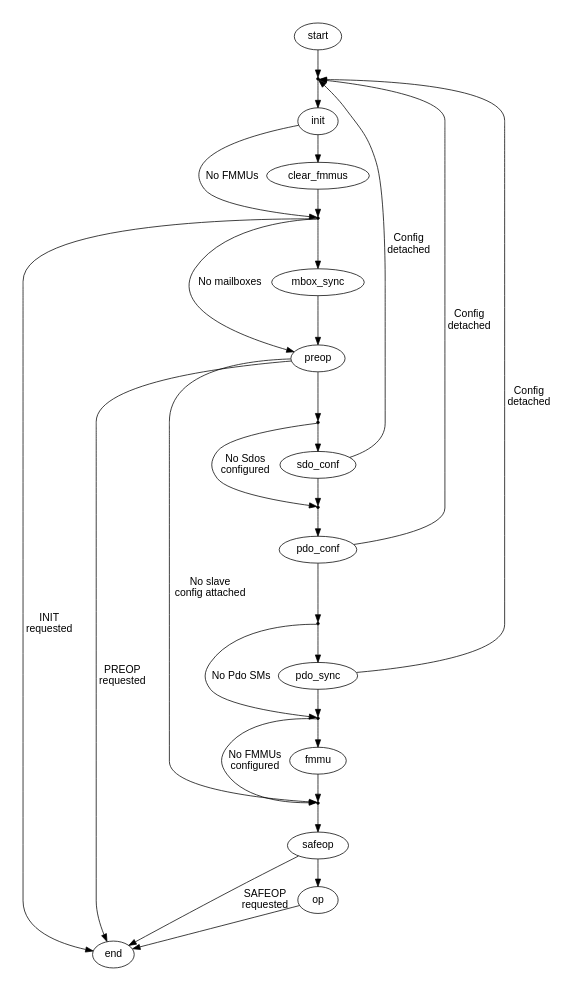
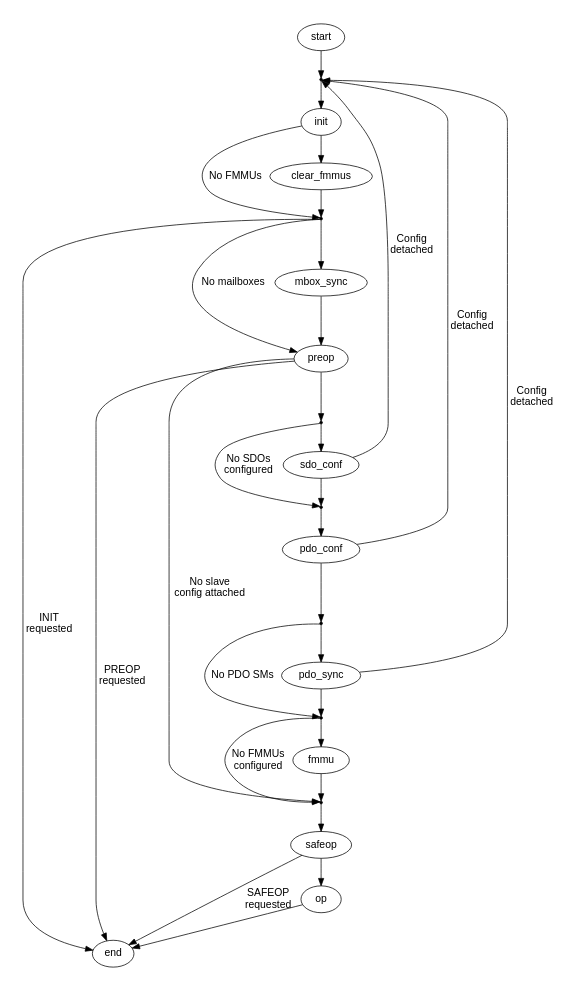
Before and after one commit to ribalda/ethercat: the diagram in documentation/graphs/fsm_slave_conf.dot, drawn with Graphviz. The commit also changed 68 other files, not shown here.

```diff
--- a/documentation/graphs/fsm_slave_conf.dot
+++ b/documentation/graphs/fsm_slave_conf.dot
@@ -1,74 +1,74 @@
 
 /* $Id$ */
 
 digraph slaveconf {
     size="3,5"
 
     start [fontname="Helvetica"]
     start -> enter_init [weight=10]
 
     enter_init [shape=point, label=""]
     enter_init -> init [weight=10]
 
     init [fontname="Helvetica"]
     init -> enter_mbox_sync [fontname="Helvetica", label="No FMMUs"]
     init -> clear_fmmus [weight=10]
 
     clear_fmmus [fontname="Helvetica"]
     clear_fmmus -> enter_mbox_sync [weight=10]
 
     enter_mbox_sync [shape=point, label=""]
     enter_mbox_sync -> end [fontname="Helvetica", label="INIT\nrequested"]
     enter_mbox_sync -> preop [fontname="Helvetica", label="No mailboxes"]
     enter_mbox_sync -> mbox_sync [weight=10]
 
     mbox_sync [fontname="Helvetica"]
     mbox_sync -> preop [weight=10]
 
     preop [fontname="Helvetica"]
     preop -> end [fontname="Helvetica", label="PREOP\nrequested"]
     preop -> enter_safeop [fontname="Helvetica", label="No slave\nconfig attached"]
     preop -> enter_sdo_conf [weight=10]
 
     enter_sdo_conf [shape=point, label=""]
-    enter_sdo_conf -> enter_pdo_conf [fontname="Helvetica", label="No Sdos\nconfigured"]
+    enter_sdo_conf -> enter_pdo_conf [fontname="Helvetica", label="No SDOs\nconfigured"]
     enter_sdo_conf -> sdo_conf [weight=10]
 
     sdo_conf [fontname="Helvetica"]
     sdo_conf -> enter_init [fontname="Helvetica", label="Config\ndetached"]
     sdo_conf -> enter_pdo_conf [weight=10]
 
     enter_pdo_conf [shape=point, label=""]
     enter_pdo_conf -> pdo_conf [weight=10]
 
     pdo_conf [fontname="Helvetica"]
     pdo_conf -> enter_init [fontname="Helvetica", label="Config\ndetached"]
     pdo_conf -> enter_pdo_sync [weight=10]
 
     enter_pdo_sync [shape=point, label=""]
-    enter_pdo_sync -> enter_fmmu [fontname="Helvetica", label="No Pdo SMs"]
+    enter_pdo_sync -> enter_fmmu [fontname="Helvetica", label="No PDO SMs"]
     enter_pdo_sync -> pdo_sync [weight=10]
 
     pdo_sync [fontname="Helvetica"]
     pdo_sync -> enter_init [fontname="Helvetica", label="Config\ndetached"]
     pdo_sync -> enter_fmmu [weight=10]
 
     enter_fmmu [shape=point,label=""]
     enter_fmmu -> enter_safeop [fontname="Helvetica", label="No FMMUs\nconfigured"]
     enter_fmmu -> fmmu [weight=10]
 
     fmmu [fontname="Helvetica"]
     fmmu -> enter_safeop [weight=10]
 
     enter_safeop [shape=point,label=""]
     enter_safeop -> safeop [weight=10]
 
     safeop [fontname="Helvetica"]
     safeop -> end [fontname="Helvetica", label="SAFEOP\nrequested"]
     safeop -> op [weight=10]
 
     op [fontname="Helvetica"]
     op -> end// [weight=10]
 
     end [fontname="Helvetica"]
 }
```
